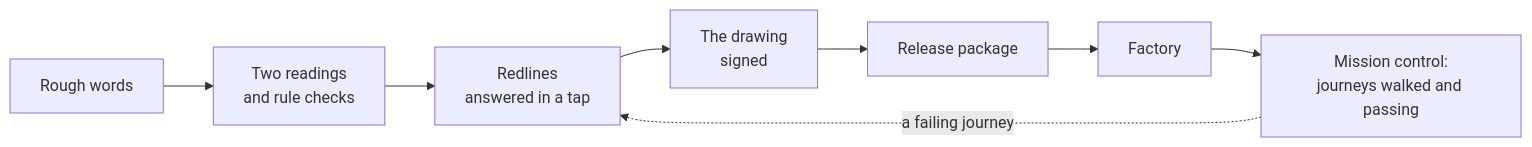
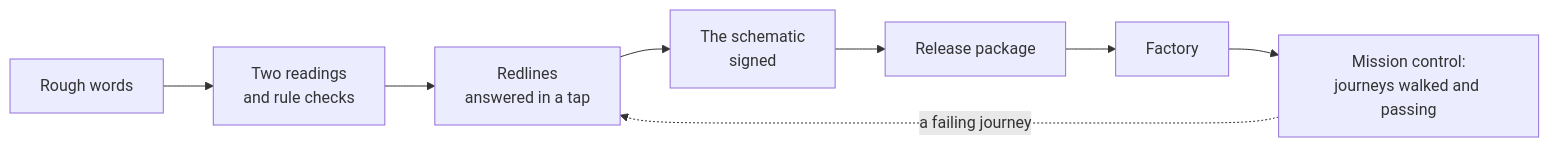
Before and after one commit to russlittle/ZTHR: the first of 2 diagrams in intent/README.md, drawn with Mermaid. The commit also changed other lines of this file and 22 other files, not shown here.

First line of the commit message:
Schematic, the review, whose intent and when, product families, one pass, where used

````diff
--- a/intent/README.md
+++ b/intent/README.md
@@ -11,10 +11,10 @@
 ```mermaid
 flowchart LR
   W[Rough words] --> R[Two readings<br/>and rule checks]
   R --> Q[Redlines<br/>answered in a tap]
-  Q --> D[The drawing<br/>signed]
+  Q --> D[The schematic<br/>signed]
   D --> P[Release package]
   P --> F[Factory]
   F --> M[Mission control:<br/>journeys walked and passing]
   M -. a failing journey .-> Q
 ```
````
